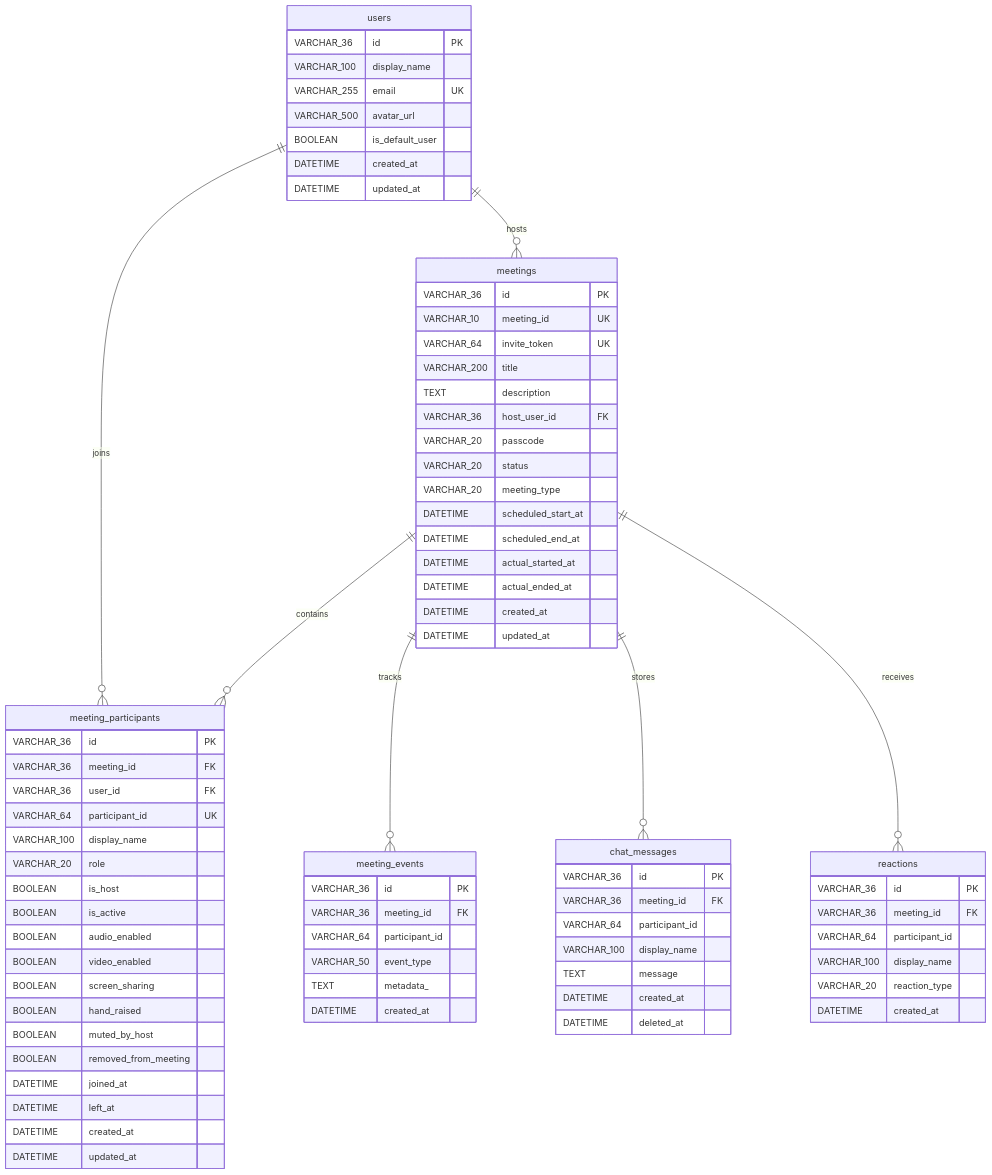
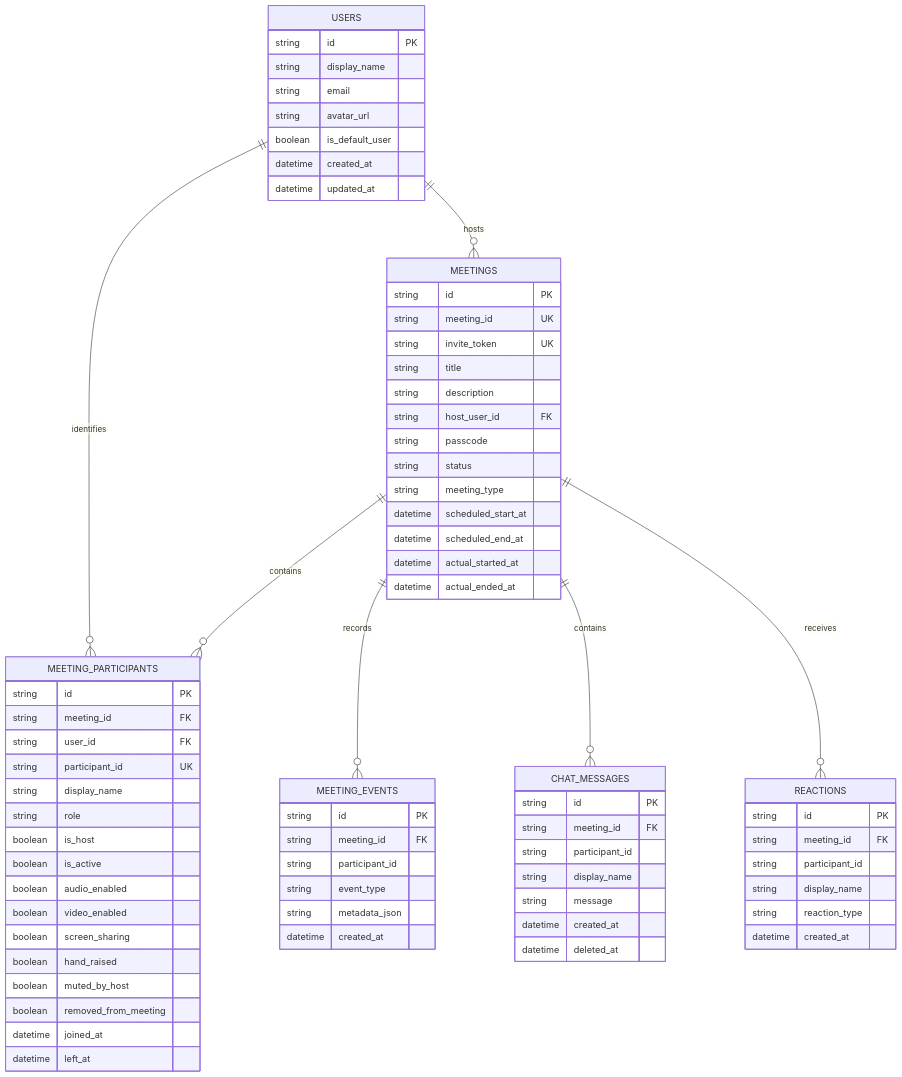
Before and after one commit to aditya-raj9125/Zoom-Clone: the diagram in docs/database/schema.md, drawn with Mermaid. The commit also changed other lines of this file and 14 other files, not shown here.

````diff
--- a/docs/database/schema.md
+++ b/docs/database/schema.md
@@ -9,86 +7,77 @@
 ```mermaid
 erDiagram
-    users ||--o{ meetings : hosts
-    users ||--o{ meeting_participants : joins
-    meetings ||--o{ meeting_participants : contains
-    meetings ||--o{ meeting_events : tracks
-    meetings ||--o{ chat_messages : stores
-    meetings ||--o{ reactions : receives
+    USERS ||--o{ MEETINGS : hosts
+    USERS ||--o{ MEETING_PARTICIPANTS : identifies
+    MEETINGS ||--o{ MEETING_PARTICIPANTS : contains
+    MEETINGS ||--o{ MEETING_EVENTS : records
+    MEETINGS ||--o{ CHAT_MESSAGES : contains
+    MEETINGS ||--o{ REACTIONS : receives
 
-    users {
-        VARCHAR_36 id PK
-        VARCHAR_100 display_name
-        VARCHAR_255 email UK
-        VARCHAR_500 avatar_url
-        BOOLEAN is_default_user
-        DATETIME created_at
-        DATETIME updated_at
+    USERS {
+        string id PK
+        string display_name
+        string email
+        string avatar_url
+        boolean is_default_user
+        datetime created_at
+        datetime updated_at
     }
-
-    meetings {
-        VARCHAR_36 id PK
-        VARCHAR_10 meeting_id UK
-        VARCHAR_64 invite_token UK
-        VARCHAR_200 title
-        TEXT description
-        VARCHAR_36 host_user_id FK
-        VARCHAR_20 passcode
-        VARCHAR_20 status
-        VARCHAR_20 meeting_type
-        DATETIME scheduled_start_at
-        DATETIME scheduled_end_at
-        DATETIME actual_started_at
-        DATETIME actual_ended_at
-        DATETIME created_at
-        DATETIME updated_at
+    MEETINGS {
+        string id PK
+        string meeting_id UK
+        string invite_token UK
+        string title
+        string description
+        string host_user_id FK
+        string passcode
+        string status
+        string meeting_type
+        datetime scheduled_start_at
+        datetime scheduled_end_at
+        datetime actual_started_at
+        datetime actual_ended_at
     }
-
-    meeting_participants {
-        VARCHAR_36 id PK
-        VARCHAR_36 meeting_id FK
-        VARCHAR_36 user_id FK
-        VARCHAR_64 participant_id UK
-        VARCHAR_100 display_name
-        VARCHAR_20 role
-        BOOLEAN is_host
-        BOOLEAN is_active
-        BOOLEAN audio_enabled
-        BOOLEAN video_enabled
-        BOOLEAN screen_sharing
-        BOOLEAN hand_raised
-        BOOLEAN muted_by_host
-        BOOLEAN removed_from_meeting
-        DATETIME joined_at
-        DATETIME left_at
-        DATETIME created_at
-        DATETIME updated_at
+    MEETING_PARTICIPANTS {
+        string id PK
+        string meeting_id FK
+        string user_id FK
+        string participant_id UK
+        string display_name
+        string role
+        boolean is_host
+        boolean is_active
+        boolean audio_enabled
+        boolean video_enabled
+        boolean screen_sharing
+        boolean hand_raised
+        boolean muted_by_host
+        boolean removed_from_meeting
+        datetime joined_at
+        datetime left_at
     }
-
-    meeting_events {
-        VARCHAR_36 id PK
-        VARCHAR_36 meeting_id FK
-        VARCHAR_64 participant_id
-        VARCHAR_50 event_type
-        TEXT metadata_
-        DATETIME created_at
+    MEETING_EVENTS {
+        string id PK
+        string meeting_id FK
+        string participant_id
+        string event_type
+        string metadata_json
+        datetime created_at
     }
-
-    chat_messages {
-        VARCHAR_36 id PK
-        VARCHAR_36 meeting_id FK
-        VARCHAR_64 participant_id
-        VARCHAR_100 display_name
-        TEXT message
-        DATETIME created_at
-        DATETIME deleted_at
+    CHAT_MESSAGES {
+        string id PK
+        string meeting_id FK
+        string participant_id
+        string display_name
+        string message
+        datetime created_at
+        datetime deleted_at
     }
-
-    reactions {
-        VARCHAR_36 id PK
-        VARCHAR_36 meeting_id FK
-        VARCHAR_64 participant_id
-        VARCHAR_100 display_name
-        VARCHAR_20 reaction_type
-        DATETIME created_at
+    REACTIONS {
+        string id PK
+        string meeting_id FK
+        string participant_id
+        string display_name
+        string reaction_type
+        datetime created_at
     }
 ```
````
